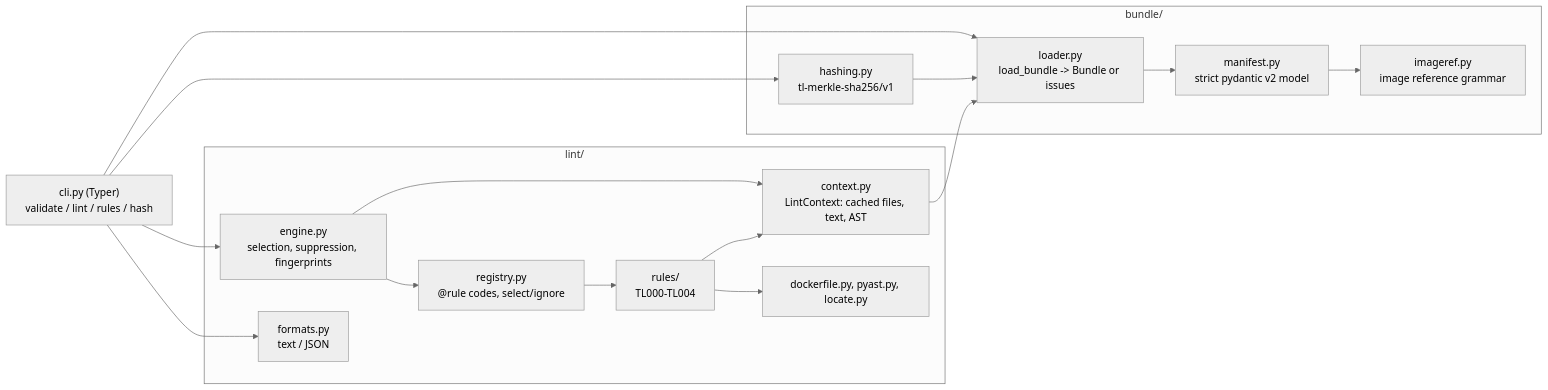
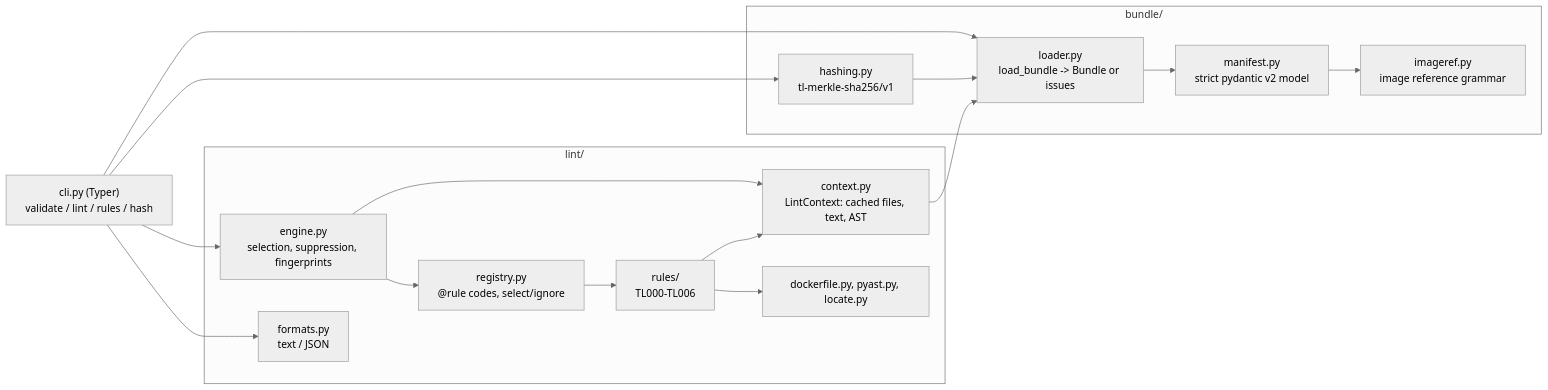
The diagram in README.md (vipul21435/taskledger), drawn with Mermaid (neutral theme) before and after one commit. The commit also changed other lines of this file and 8 other files, not shown here.

````diff
--- a/README.md
+++ b/README.md
@@ -162,31 +165,31 @@
 ```mermaid
 flowchart LR
     CLI["cli.py (Typer)<br/>validate / lint / rules / hash"]
 
     subgraph bundle["bundle/"]
         Loader["loader.py<br/>load_bundle -> Bundle or issues"]
         Manifest["manifest.py<br/>strict pydantic v2 model"]
         ImageRef["imageref.py<br/>image reference grammar"]
         Hasher["hashing.py<br/>tl-merkle-sha256/v1"]
     end
 
     subgraph lint["lint/"]
         Engine["engine.py<br/>selection, suppression, fingerprints"]
         Registry["registry.py<br/>@rule codes, select/ignore"]
         Context["context.py<br/>LintContext: cached files, text, AST"]
-        Rules["rules/<br/>TL000-TL004"]
+        Rules["rules/<br/>TL000-TL006"]
         Helpers["dockerfile.py, pyast.py, locate.py"]
         Formats["formats.py<br/>text / JSON"]
     end
 
     CLI --> Loader
     CLI --> Hasher
     CLI --> Engine
     CLI --> Formats
     Loader --> Manifest --> ImageRef
     Hasher --> Loader
     Engine --> Registry --> Rules
     Engine --> Context --> Loader
     Rules --> Context
     Rules --> Helpers
 ```
````
